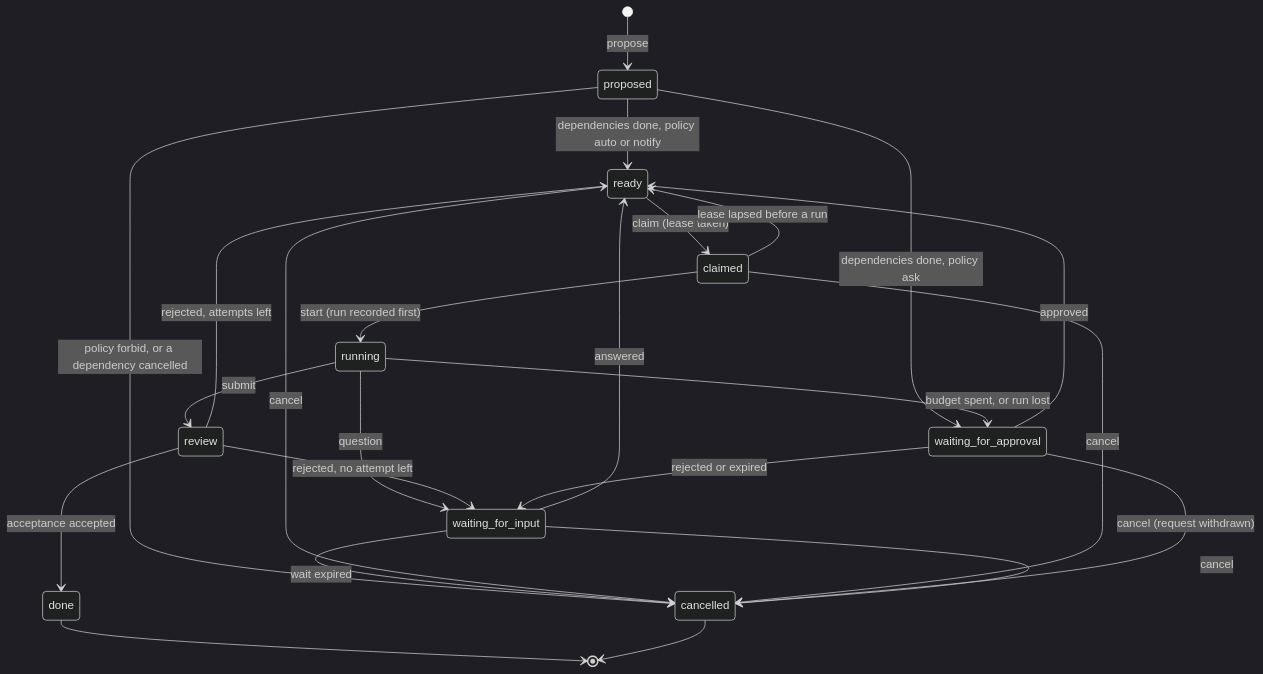
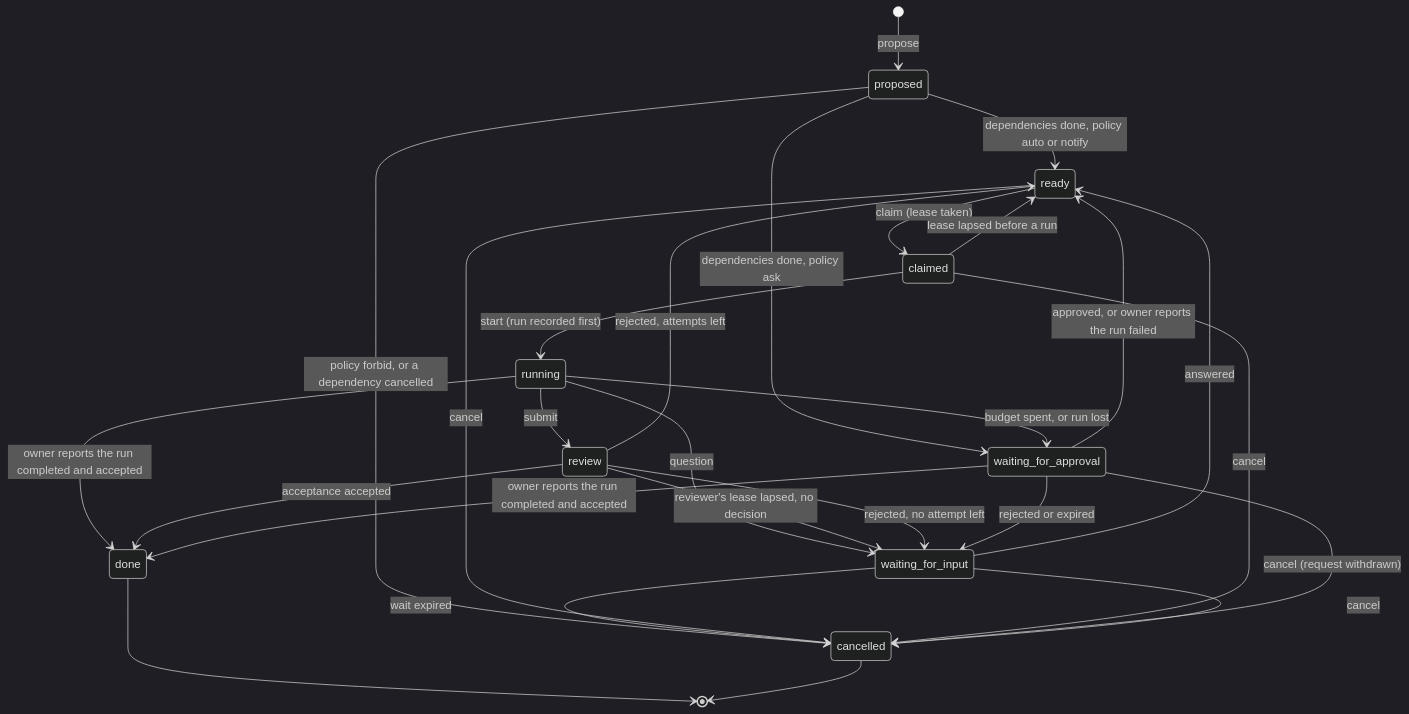
One commit to tsuuanmi/system changed the second of 2 diagrams in docs/design/board.md. Above: the diagram before and after it, drawn with Mermaid (dark theme). The commit also changed other lines of this file and 8 other files, not shown here.

````diff
--- a/docs/design/board.md
+++ b/docs/design/board.md
@@ -68,26 +69,29 @@
 ```mermaid
 stateDiagram-v2
   [*] --> proposed: propose
   proposed --> ready: dependencies done, policy auto or notify
   proposed --> waiting_for_approval: dependencies done, policy ask
   proposed --> cancelled: policy forbid, or a dependency cancelled
   ready --> claimed: claim (lease taken)
   claimed --> ready: lease lapsed before a run
   claimed --> running: start (run recorded first)
   running --> review: submit
   running --> waiting_for_approval: budget spent, or run lost
   running --> waiting_for_input: question
+  running --> done: owner reports the run completed and accepted
   review --> done: acceptance accepted
+  review --> waiting_for_input: reviewer's lease lapsed, no decision
   review --> ready: rejected, attempts left
   review --> waiting_for_input: rejected, no attempt left
-  waiting_for_approval --> ready: approved
+  waiting_for_approval --> ready: approved, or owner reports the run failed
+  waiting_for_approval --> done: owner reports the run completed and accepted
   waiting_for_approval --> waiting_for_input: rejected or expired
   waiting_for_input --> ready: answered
   waiting_for_input --> cancelled: wait expired
   ready --> cancelled: cancel
   claimed --> cancelled: cancel
   waiting_for_approval --> cancelled: cancel (request withdrawn)
   waiting_for_input --> cancelled: cancel
   done --> [*]
   cancelled --> [*]
 ```
````
